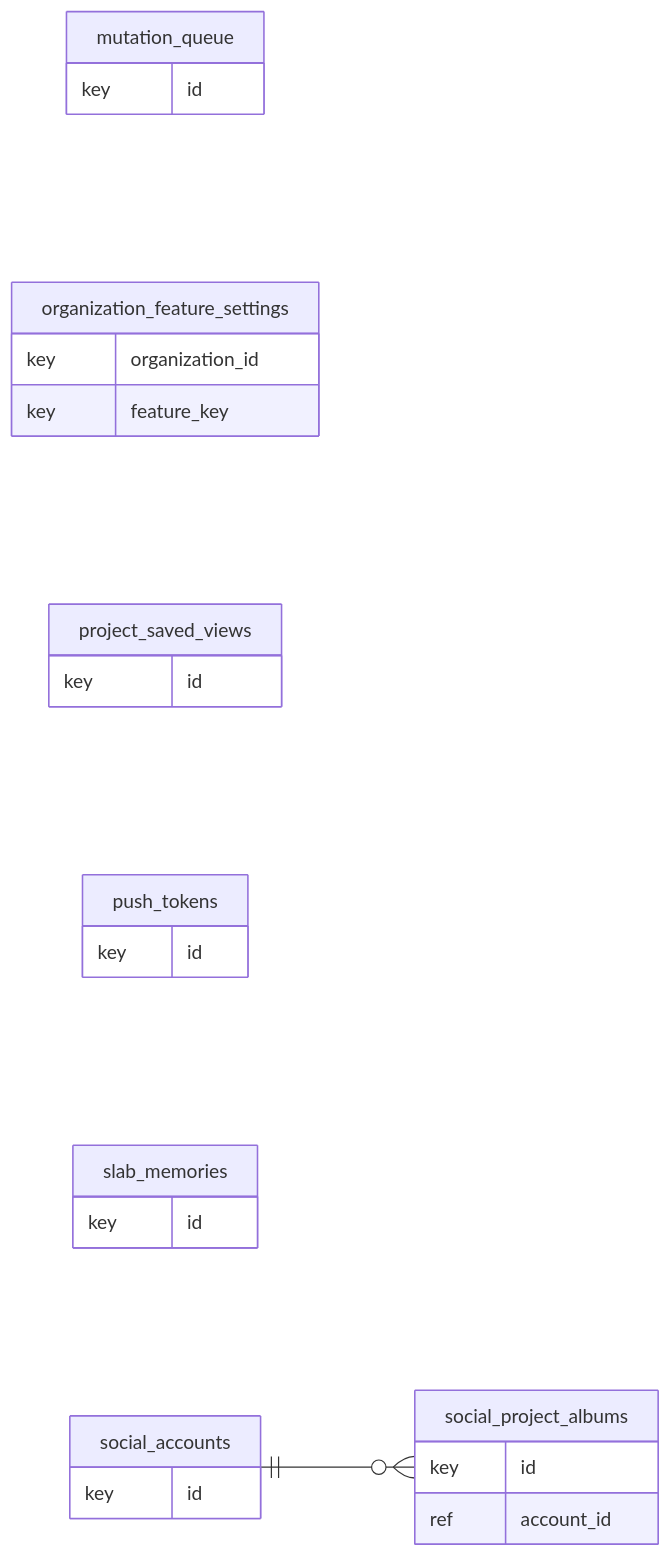
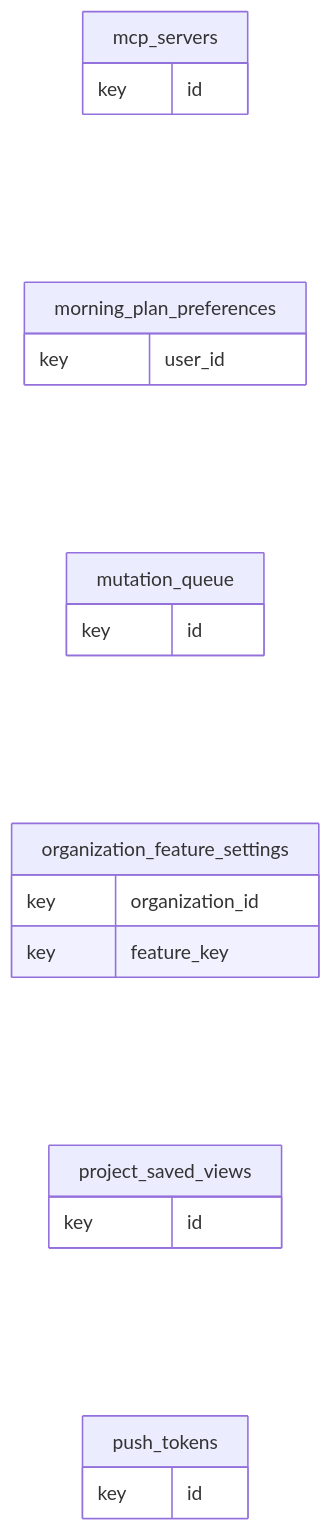
Before and after one commit to High-Performance-Structures/compass: the diagram in docs/manual/diagrams/er-workspace-8.mmd, drawn with Mermaid. The commit also changed 27 other files, not shown here.

```diff
--- a/docs/manual/diagrams/er-workspace-8.mmd
+++ b/docs/manual/diagrams/er-workspace-8.mmd
@@ -1,26 +1,21 @@
 erDiagram
   direction LR
+  mcp_servers {
+    key id
+  }
+  morning_plan_preferences {
+    key user_id
+  }
   mutation_queue {
     key id
   }
   organization_feature_settings {
     key organization_id
     key feature_key
   }
   project_saved_views {
     key id
   }
   push_tokens {
     key id
   }
-  slab_memories {
-    key id
-  }
-  social_project_albums {
-    key id
-    ref account_id
-  }
-  social_accounts {
-    key id
-  }
-  social_accounts ||--o{ social_project_albums : ""
```
